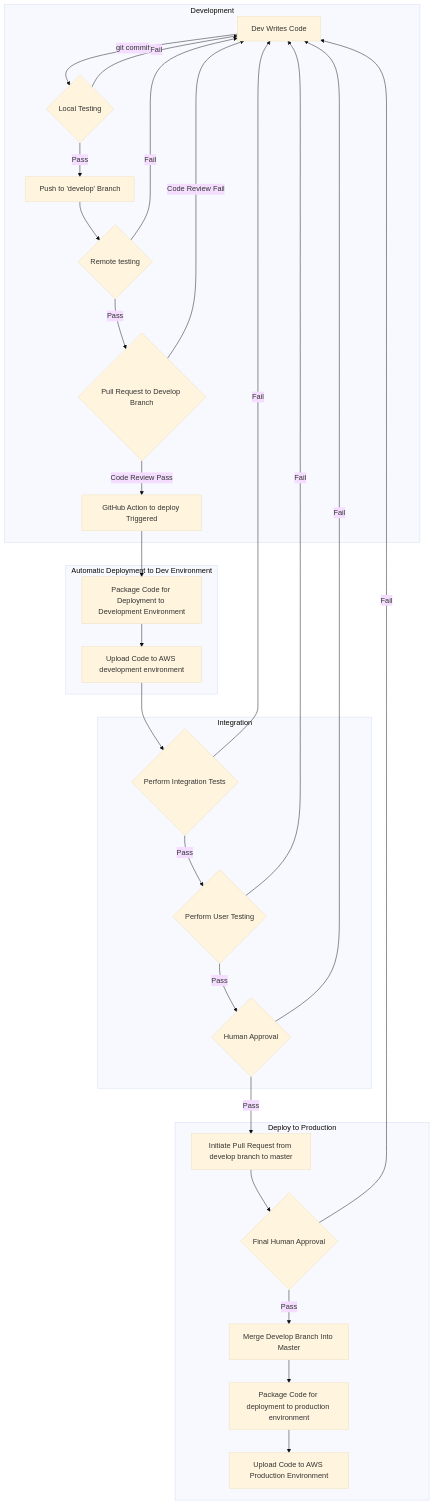
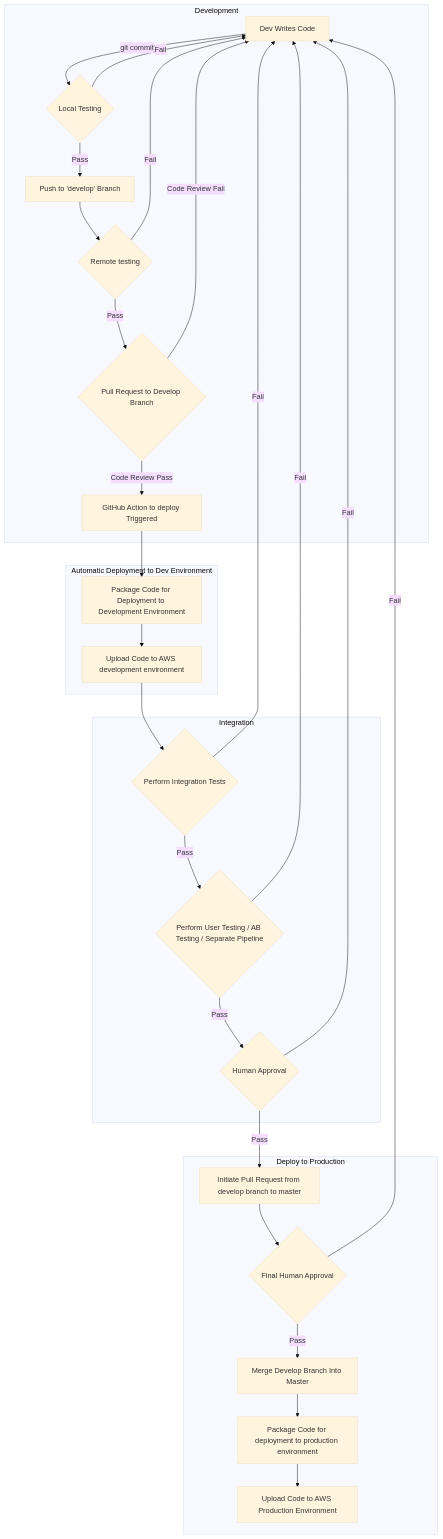
One commit to patpragman/swe_class_project changed the diagram in documentation/systems.md. Above: the diagram before and after it, drawn with Mermaid (base theme).

Commit message:
changed nomenclature

````diff
--- a/documentation/systems.md
+++ b/documentation/systems.md
@@ -2,62 +2,62 @@
 ```mermaid
     graph TB;
         
         subgraph Development
             A[Dev Writes Code]
             B{Local Testing}
             C[Push to 'develop' Branch]
             C_2{Pull Request to Develop Branch}
             D{Remote testing}
             E[GitHub Action to deploy Triggered]
             
             A -- git commit --> B
             B -- Fail --> A
             B -- Pass --> C
 
             C --> D
             D -- Fail --> A
             D -- Pass --> C_2
             C_2 -- Code Review Pass --> E
             C_2 -- Code Review Fail --> A
         end
     
         subgraph Automatic Deployment to Dev Environment
             E --> F[Package Code for Deployment to Development Environment]
             F --> G[Upload Code to AWS development environment]
         end
         
         subgraph Integration
             H{Perform Integration Tests}
-            I{Perform User Testing}
+            I{Perform User Testing / AB Testing / Separate Pipeline}
             J{Human Approval}
             
             H -- Pass --> I
             H -- Fail --> A
             
             I -- Pass --> J
             I -- Fail --> A
         end
         
         G --> H
         J -- Pass --> K
         J -- Fail --> A
         subgraph Deploy to Production
             K[Initiate Pull Request from develop branch to master]
             L{Final Human Approval}
             M[Merge Develop Branch Into Master]
             O[Package Code for deployment to production environment]
             P[Upload Code to AWS Production Environment]
             
             L -- Pass --> M
             K --> L
             
             M --> O
             O --> P
             
             
         end
         
         L -- Fail --> A
         
 
 ```
````
